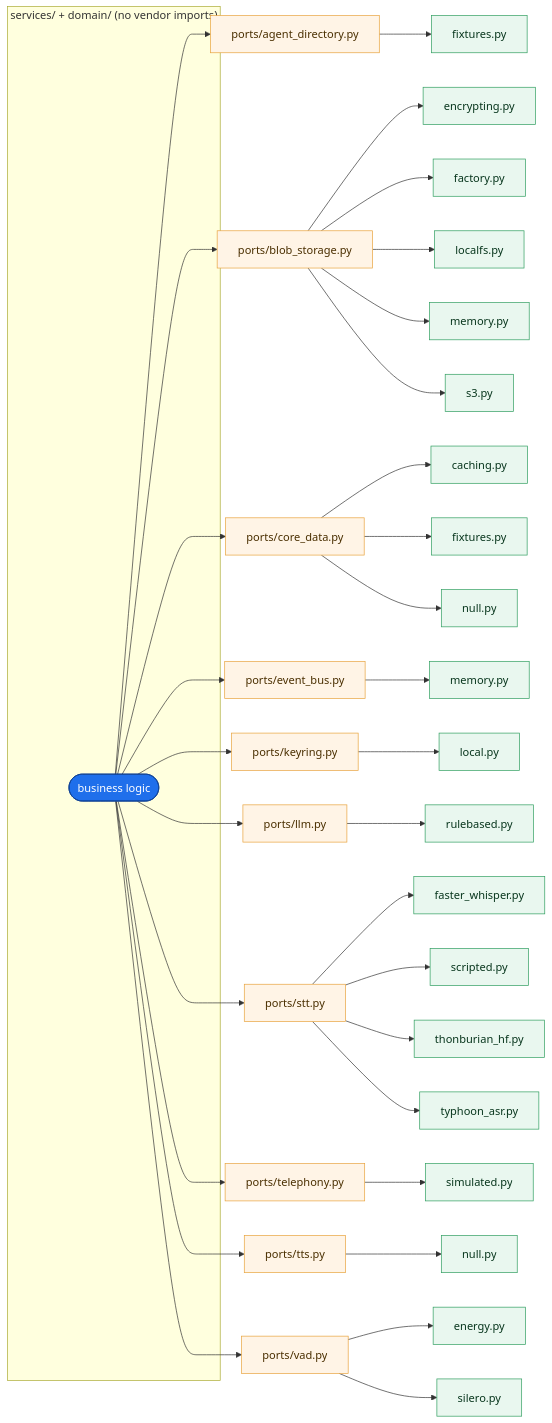
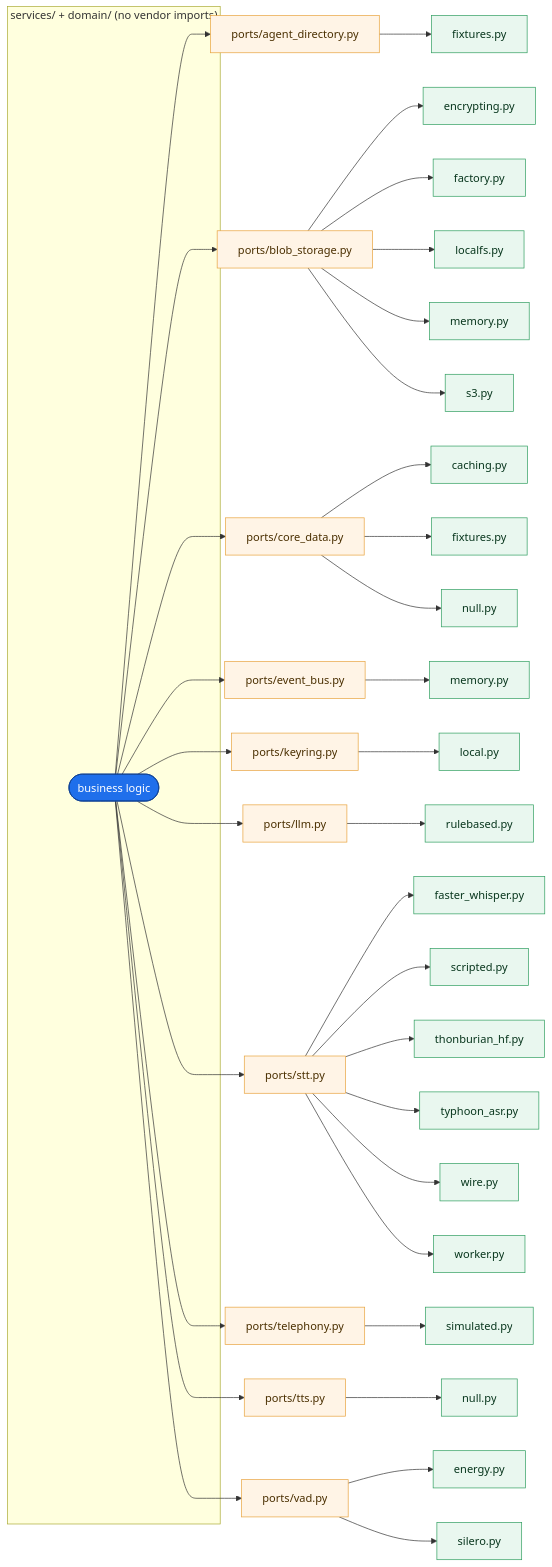
The diagram in docs/diagrams/src/ports_adapters.mmd (anakom-suvonvorn/Krungsri-ReadyCall), drawn with Mermaid before and after one commit. The commit also changed 28 other files, not shown here.

Commit message:
stt: D112 - the decode timeout, in the killable worker D2 planned and D98 refused to fake

```diff
--- a/docs/diagrams/src/ports_adapters.mmd
+++ b/docs/diagrams/src/ports_adapters.mmd
@@ -1,40 +1,42 @@
 %% GENERATED by scripts/gen_diagrams.py - do not edit by hand.
 %% Source of truth: src/readycall/ports/ + adapters/ on disk
 flowchart LR
     subgraph core["services/ + domain/ (no vendor imports)"]
         logic([business logic]):::core
     end
     logic --> P_agent_directory["ports/agent_directory.py"]:::port
     P_agent_directory --> A_agent_directory_fixtures["fixtures.py"]:::adapter
     logic --> P_blob_storage["ports/blob_storage.py"]:::port
     P_blob_storage --> A_blob_storage_encrypting["encrypting.py"]:::adapter
     P_blob_storage --> A_blob_storage_factory["factory.py"]:::adapter
     P_blob_storage --> A_blob_storage_localfs["localfs.py"]:::adapter
     P_blob_storage --> A_blob_storage_memory["memory.py"]:::adapter
     P_blob_storage --> A_blob_storage_s3["s3.py"]:::adapter
     logic --> P_core_data["ports/core_data.py"]:::port
     P_core_data --> A_core_data_caching["caching.py"]:::adapter
     P_core_data --> A_core_data_fixtures["fixtures.py"]:::adapter
     P_core_data --> A_core_data_null["null.py"]:::adapter
     logic --> P_event_bus["ports/event_bus.py"]:::port
     P_event_bus --> A_event_bus_memory["memory.py"]:::adapter
     logic --> P_keyring["ports/keyring.py"]:::port
     P_keyring --> A_keyring_local["local.py"]:::adapter
     logic --> P_llm["ports/llm.py"]:::port
     P_llm --> A_llm_rulebased["rulebased.py"]:::adapter
     logic --> P_stt["ports/stt.py"]:::port
     P_stt --> A_stt_faster_whisper["faster_whisper.py"]:::adapter
     P_stt --> A_stt_scripted["scripted.py"]:::adapter
     P_stt --> A_stt_thonburian_hf["thonburian_hf.py"]:::adapter
     P_stt --> A_stt_typhoon_asr["typhoon_asr.py"]:::adapter
+    P_stt --> A_stt_wire["wire.py"]:::adapter
+    P_stt --> A_stt_worker["worker.py"]:::adapter
     logic --> P_telephony["ports/telephony.py"]:::port
     P_telephony --> A_telephony_simulated["simulated.py"]:::adapter
     logic --> P_tts["ports/tts.py"]:::port
     P_tts --> A_tts_null["null.py"]:::adapter
     logic --> P_vad["ports/vad.py"]:::port
     P_vad --> A_vad_energy["energy.py"]:::adapter
     P_vad --> A_vad_silero["silero.py"]:::adapter
     classDef core fill:#1f6feb,stroke:#0b3d91,color:#fff
     classDef port fill:#fff4e6,stroke:#e8a33d,color:#4a2f00
     classDef adapter fill:#e9f7ef,stroke:#2f9e5f,color:#08361d
     classDef todo fill:#f5f5f5,stroke:#bbb,color:#666,stroke-dasharray:4 3
```
